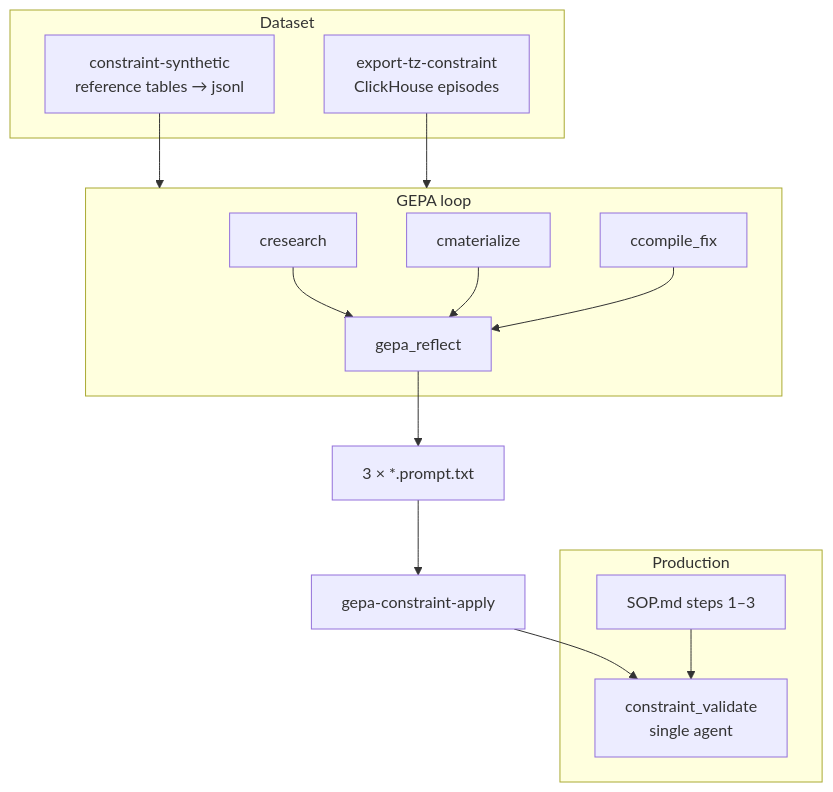
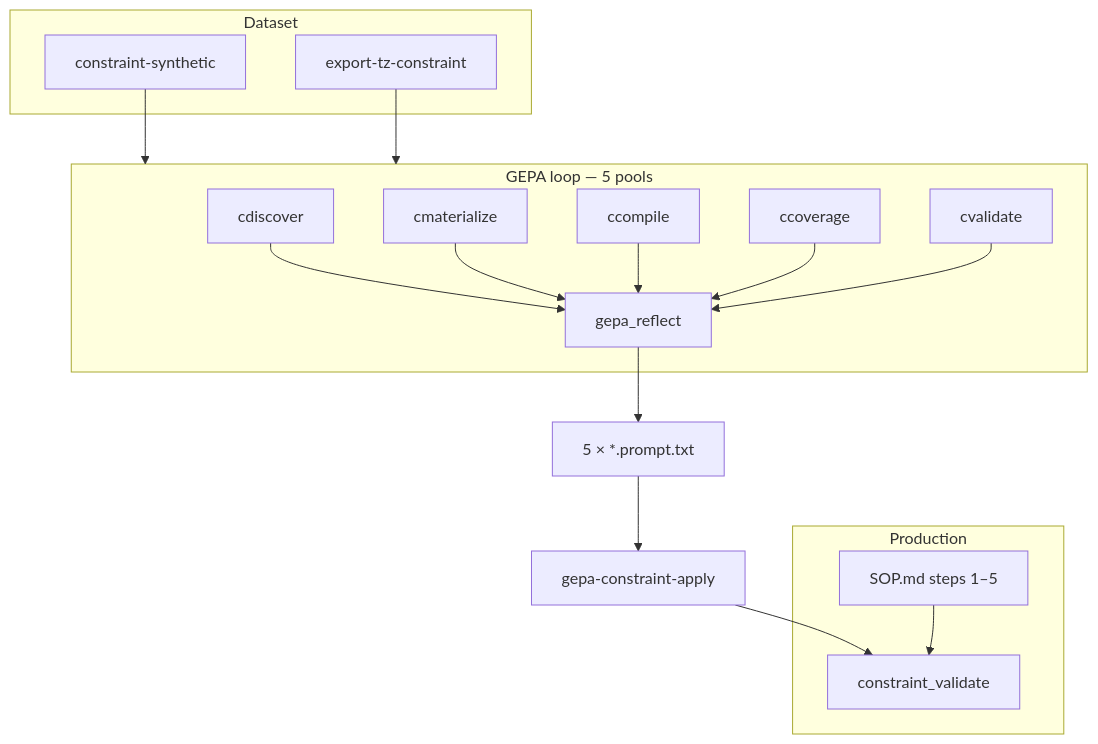
One commit to metalmon/glossa changed the diagram in docs/constraint-gepa.md. Above: the diagram before and after it, drawn with Mermaid. The commit also changed other lines of this file and 13 other files, not shown here.

````diff
--- a/docs/constraint-gepa.md
+++ b/docs/constraint-gepa.md
@@ -26,29 +32,33 @@
 ```mermaid
 flowchart TB
   subgraph dataset [Dataset]
-    synth[constraint-synthetic\nreference tables → jsonl]
-    export[export-tz-constraint\nClickHouse episodes]
+    synth[constraint-synthetic]
+    export[export-tz-constraint]
   end
 
-  subgraph gepa [GEPA loop]
-    cresearch[cresearch]
-    cmaterialize[cmaterialize]
-    ccompile_fix[ccompile_fix]
+  subgraph gepa [GEPA loop — 5 pools]
+    d[cdiscover]
+    m[cmaterialize]
+    c[ccompile]
+    cov[ccoverage]
+    v[cvalidate]
     reflect[gepa_reflect]
   end
 
   subgraph prod [Production]
-    cv[constraint_validate\nsingle agent]
-    sop[SOP.md steps 1–3]
+    agent[constraint_validate]
+    sop[SOP.md steps 1–5]
   end
 
   synth --> gepa
   export --> gepa
-  cresearch --> reflect
-  cmaterialize --> reflect
-  ccompile_fix --> reflect
-  reflect --> prompts[3 × *.prompt.txt]
+  d --> reflect
+  m --> reflect
+  c --> reflect
+  cov --> reflect
+  v --> reflect
+  reflect --> prompts[5 × *.prompt.txt]
   prompts --> apply[gepa-constraint-apply]
-  apply --> cv
-  sop --> cv
+  apply --> agent
+  sop --> agent
 ```
````
